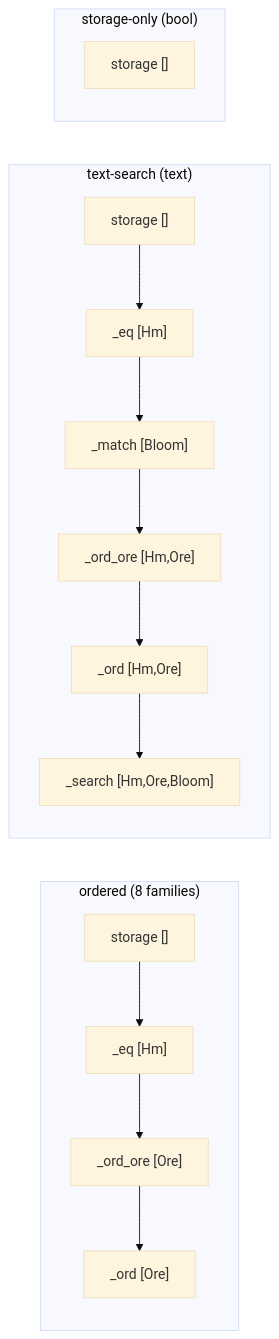
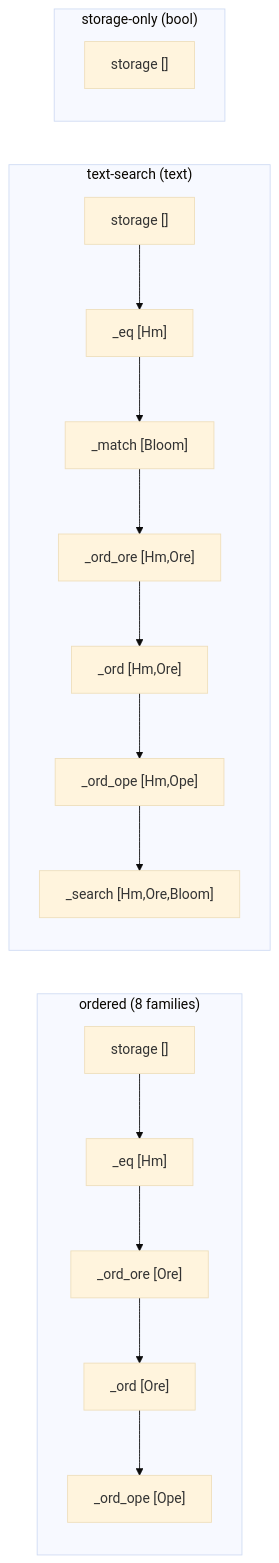
Before and after one commit to cipherstash/encrypt-query-language: the third of 15 diagrams in docs/reference/catalog-driven-architecture.md, drawn with Mermaid (base theme). The commit also changed other lines of this file and 5 other files, not shown here.

````diff
--- a/docs/reference/catalog-driven-architecture.md
+++ b/docs/reference/catalog-driven-architecture.md
@@ -160,14 +168,14 @@
 ```mermaid
 flowchart LR
     subgraph ordered["ordered (8 families)"]
         direction TB
-        o1["storage []"] --> o2["_eq [Hm]"] --> o3["_ord_ore [Ore]"] --> o4["_ord [Ore]"]
+        o1["storage []"] --> o2["_eq [Hm]"] --> o3["_ord_ore [Ore]"] --> o4["_ord [Ore]"] --> o5["_ord_ope [Ope]"]
     end
     subgraph text["text-search (text)"]
         direction TB
-        t1["storage []"] --> t2["_eq [Hm]"] --> t3["_match [Bloom]"] --> t4["_ord_ore [Hm,Ore]"] --> t5["_ord [Hm,Ore]"] --> t6["_search [Hm,Ore,Bloom]"]
+        t1["storage []"] --> t2["_eq [Hm]"] --> t3["_match [Bloom]"] --> t4["_ord_ore [Hm,Ore]"] --> t5["_ord [Hm,Ore]"] --> t6["_ord_ope [Hm,Ope]"] --> t7["_search [Hm,Ore,Bloom]"]
     end
     subgraph storage["storage-only (bool)"]
         s1["storage []"]
     end
 ```
````
